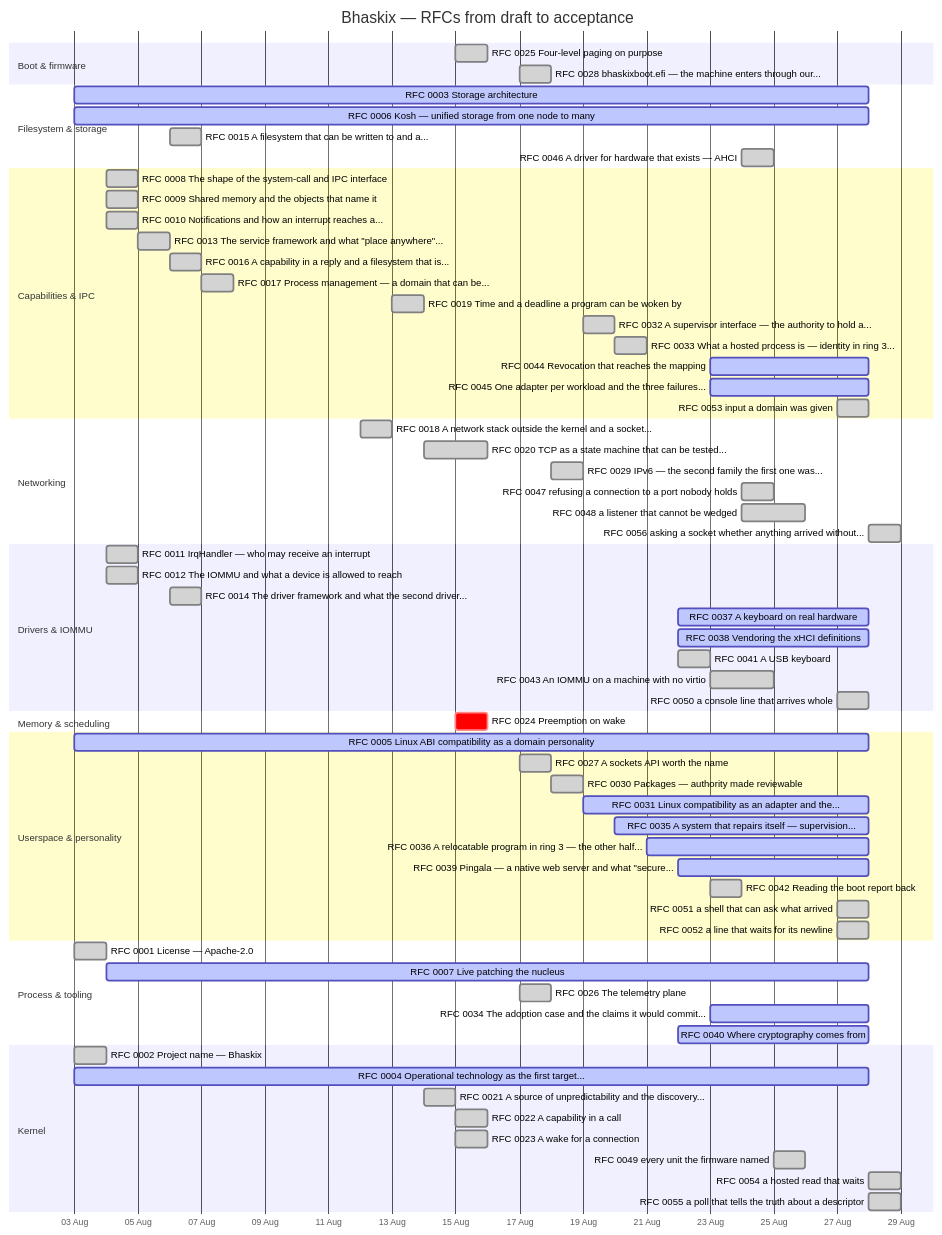
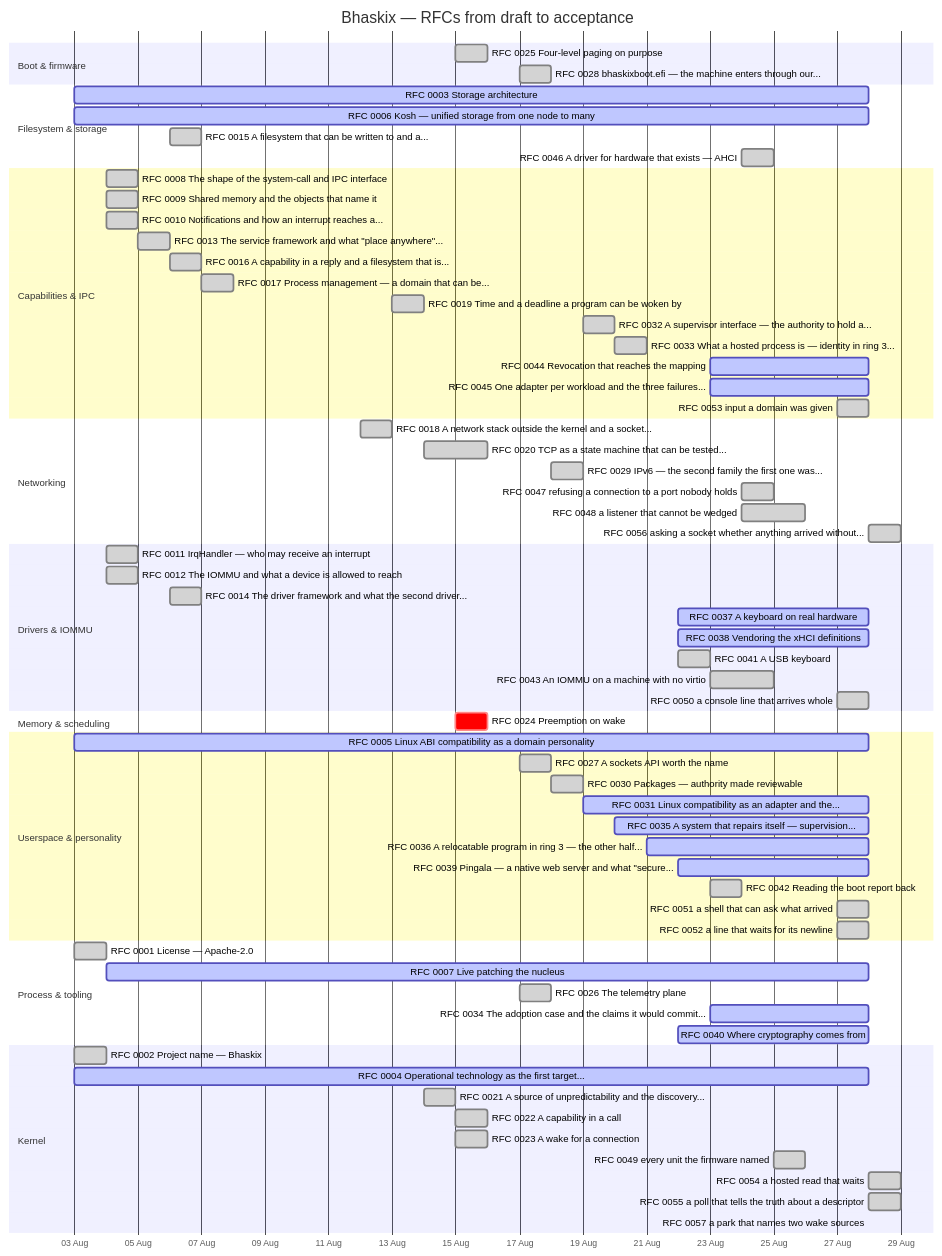
One commit to bhaskix/bhaskix changed the diagram in docs/progress.md. Above: the diagram before and after it, drawn with Mermaid. The commit also changed other lines of this file and 9 other files, not shown here.

````diff
--- a/docs/progress.md
+++ b/docs/progress.md
@@ -24,72 +24,73 @@
 ```mermaid
 gantt
     title Bhaskix — RFCs from draft to acceptance
     dateFormat YYYY-MM-DD
     axisFormat %d %b
     todayMarker off
     section Boot & firmware
     RFC 0025 Four-level paging on purpose :done, r0025, 2026-08-15, 2026-08-16
     RFC 0028 bhaskixboot.efi — the machine enters through our... :done, r0028, 2026-08-17, 2026-08-18
     section Filesystem & storage
     RFC 0003 Storage architecture :active, r0003, 2026-08-03, 2026-08-28
     RFC 0006 Kosh — unified storage from one node to many :active, r0006, 2026-08-03, 2026-08-28
     RFC 0015 A filesystem that can be written to and a... :done, r0015, 2026-08-06, 1d
     RFC 0046 A driver for hardware that exists — AHCI :done, r0046, 2026-08-24, 1d
     section Capabilities & IPC
     RFC 0008 The shape of the system-call and IPC interface :done, r0008, 2026-08-04, 1d
     RFC 0009 Shared memory and the objects that name it :done, r0009, 2026-08-04, 1d
     RFC 0010 Notifications and how an interrupt reaches a... :done, r0010, 2026-08-04, 1d
     RFC 0013 The service framework and what "place anywhere"... :done, r0013, 2026-08-05, 1d
     RFC 0016 A capability in a reply and a filesystem that is... :done, r0016, 2026-08-06, 2026-08-07
     RFC 0017 Process management — a domain that can be... :done, r0017, 2026-08-07, 1d
     RFC 0019 Time and a deadline a program can be woken by :done, r0019, 2026-08-13, 2026-08-14
     RFC 0032 A supervisor interface — the authority to hold a... :done, r0032, 2026-08-19, 2026-08-20
     RFC 0033 What a hosted process is — identity in ring 3... :done, r0033, 2026-08-20, 1d
     RFC 0044 Revocation that reaches the mapping :active, r0044, 2026-08-23, 2026-08-28
     RFC 0045 One adapter per workload and the three failures... :active, r0045, 2026-08-23, 2026-08-28
     RFC 0053 input a domain was given :done, r0053, 2026-08-27, 1d
     section Networking
     RFC 0018 A network stack outside the kernel and a socket... :done, r0018, 2026-08-12, 2026-08-13
     RFC 0020 TCP as a state machine that can be tested... :done, r0020, 2026-08-14, 2026-08-16
     RFC 0029 IPv6 — the second family the first one was... :done, r0029, 2026-08-18, 1d
     RFC 0047 refusing a connection to a port nobody holds :done, r0047, 2026-08-24, 1d
     RFC 0048 a listener that cannot be wedged :done, r0048, 2026-08-24, 2026-08-26
     RFC 0056 asking a socket whether anything arrived without... :done, r0056, 2026-08-28, 1d
     section Drivers & IOMMU
     RFC 0011 IrqHandler — who may receive an interrupt :done, r0011, 2026-08-04, 1d
     RFC 0012 The IOMMU and what a device is allowed to reach :done, r0012, 2026-08-04, 1d
     RFC 0014 The driver framework and what the second driver... :done, r0014, 2026-08-06, 1d
     RFC 0037 A keyboard on real hardware :active, r0037, 2026-08-22, 2026-08-28
     RFC 0038 Vendoring the xHCI definitions :active, r0038, 2026-08-22, 2026-08-28
     RFC 0041 A USB keyboard :done, r0041, 2026-08-22, 2026-08-23
     RFC 0043 An IOMMU on a machine with no virtio :done, r0043, 2026-08-23, 2026-08-25
     RFC 0050 a console line that arrives whole :done, r0050, 2026-08-27, 1d
     section Memory & scheduling
     RFC 0024 Preemption on wake :crit, r0024, 2026-08-15, 1d
     section Userspace & personality
     RFC 0005 Linux ABI compatibility as a domain personality :active, r0005, 2026-08-03, 2026-08-28
     RFC 0027 A sockets API worth the name :done, r0027, 2026-08-17, 1d
     RFC 0030 Packages — authority made reviewable :done, r0030, 2026-08-18, 2026-08-19
     RFC 0031 Linux compatibility as an adapter and the... :active, r0031, 2026-08-19, 2026-08-28
     RFC 0035 A system that repairs itself — supervision... :active, r0035, 2026-08-20, 2026-08-28
     RFC 0036 A relocatable program in ring 3 — the other half... :active, r0036, 2026-08-21, 2026-08-28
     RFC 0039 Pingala — a native web server and what "secure... :active, r0039, 2026-08-22, 2026-08-28
     RFC 0042 Reading the boot report back :done, r0042, 2026-08-23, 1d
     RFC 0051 a shell that can ask what arrived :done, r0051, 2026-08-27, 1d
     RFC 0052 a line that waits for its newline :done, r0052, 2026-08-27, 1d
     section Process & tooling
     RFC 0001 License — Apache-2.0 :done, r0001, 2026-08-03, 1d
     RFC 0007 Live patching the nucleus :active, r0007, 2026-08-04, 2026-08-28
     RFC 0026 The telemetry plane :done, r0026, 2026-08-17, 1d
     RFC 0034 The adoption case and the claims it would commit... :active, r0034, 2026-08-23, 2026-08-28
     RFC 0040 Where cryptography comes from :active, r0040, 2026-08-22, 2026-08-28
     section Kernel
     RFC 0002 Project name — Bhaskix :done, r0002, 2026-08-03, 1d
     RFC 0004 Operational technology as the first target... :active, r0004, 2026-08-03, 2026-08-28
     RFC 0021 A source of unpredictability and the discovery... :done, r0021, 2026-08-14, 1d
     RFC 0022 A capability in a call :done, r0022, 2026-08-15, 2026-08-16
     RFC 0023 A wake for a connection :done, r0023, 2026-08-15, 2026-08-16
     RFC 0049 every unit the firmware named :done, r0049, 2026-08-25, 1d
     RFC 0054 a hosted read that waits :done, r0054, 2026-08-28, 1d
     RFC 0055 a poll that tells the truth about a descriptor :done, r0055, 2026-08-28, 1d
+    RFC 0057 a park that names two wake sources :active, r0057, 2026-08-28, 2026-08-28
 ```
````
